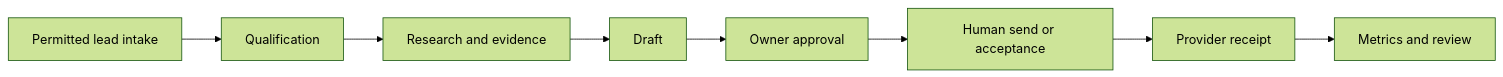
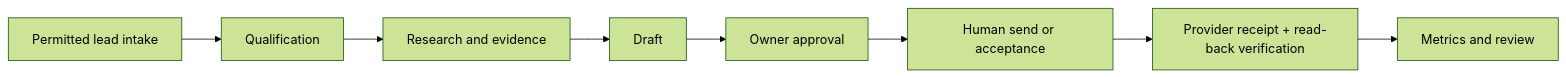
The second of 3 diagrams in docs/part-5/20-business-functions.md (monath1/hermes-masterclass), drawn with Mermaid (forest theme) before and after one commit. The commit also changed other lines of this file and 4 other files, not shown here.

````diff
--- a/docs/part-5/20-business-functions.md
+++ b/docs/part-5/20-business-functions.md
@@ -254,10 +254,10 @@
 ```mermaid
 flowchart LR
     I["Permitted lead intake"] --> Q["Qualification"]
     Q --> R["Research and evidence"]
     R --> D["Draft"]
     D --> A["Owner approval"]
     A --> S["Human send or acceptance"]
-    S --> P["Provider receipt"]
+    S --> P["Provider receipt + read-back verification"]
     P --> M["Metrics and review"]
 ```
````
